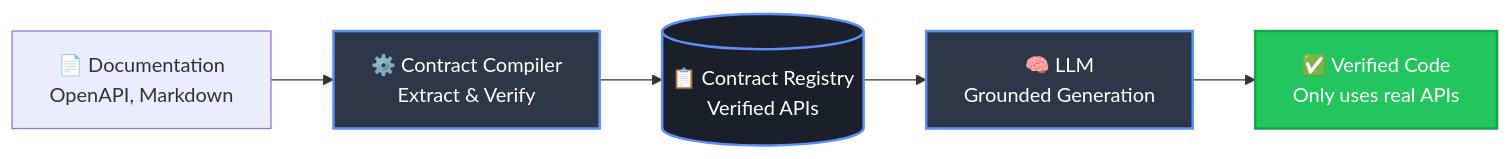
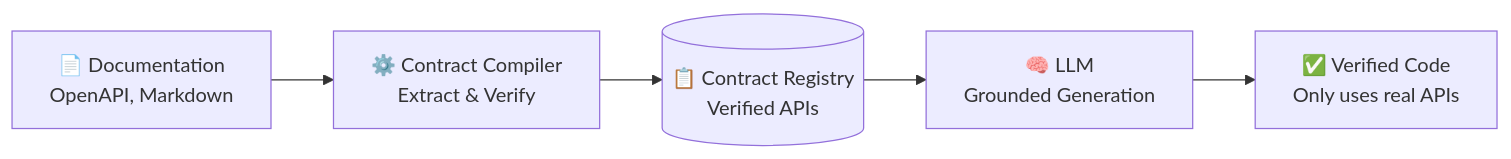
Before and after one commit to jobel-ai/jobel-ai.github.io: the second of 2 diagrams in documentation/docs/architecture/contract-compiler.md, drawn with Mermaid. The commit also changed other lines of this file and 5 other files, not shown here.

````diff
--- a/documentation/docs/architecture/contract-compiler.md
+++ b/documentation/docs/architecture/contract-compiler.md
@@ -35,12 +32,7 @@
 ```mermaid
 flowchart LR
     Docs[📄 Documentation<br/>OpenAPI, Markdown] --> Compiler[⚙️ Contract Compiler<br/>Extract & Verify]
     Compiler --> Registry[(📋 Contract Registry<br/>Verified APIs)]
     Registry --> LLM[🧠 LLM<br/>Grounded Generation]
     LLM --> Output[✅ Verified Code<br/>Only uses real APIs]
-    
-    style Compiler fill:#2d3748,stroke:#5b8ff9,stroke-width:2px,color:#fff
-    style Registry fill:#1a1f2a,stroke:#5b8ff9,stroke-width:2px,color:#fff
-    style LLM fill:#2d3748,stroke:#5b8ff9,stroke-width:2px,color:#fff
-    style Output fill:#22c55e,stroke:#16a34a,stroke-width:2px,color:#fff
 ```
````
